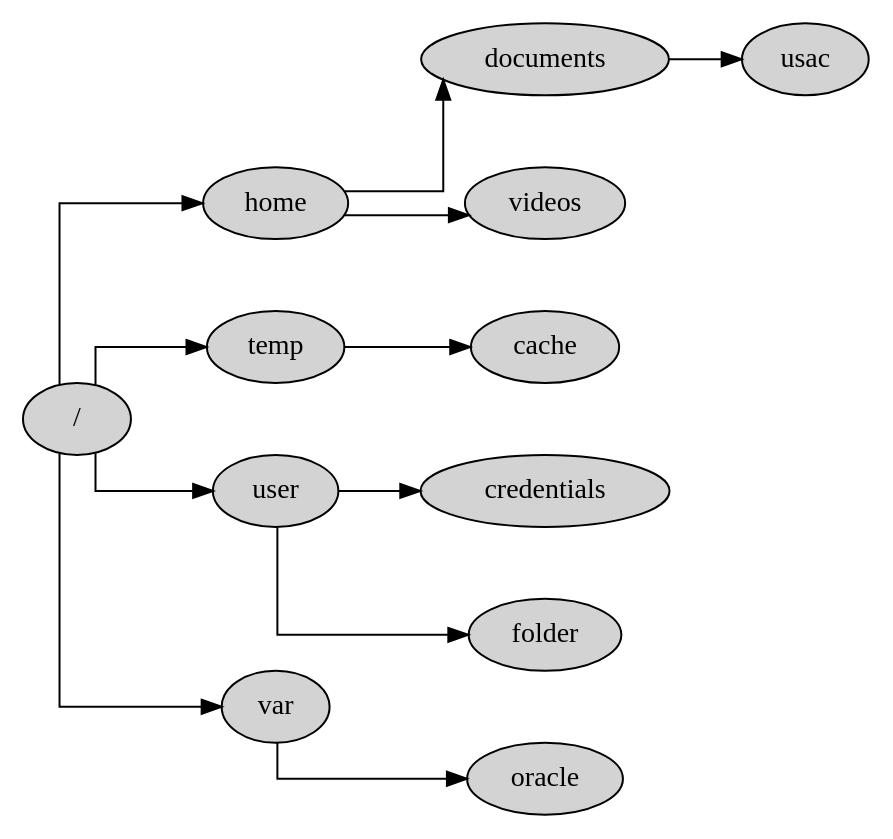
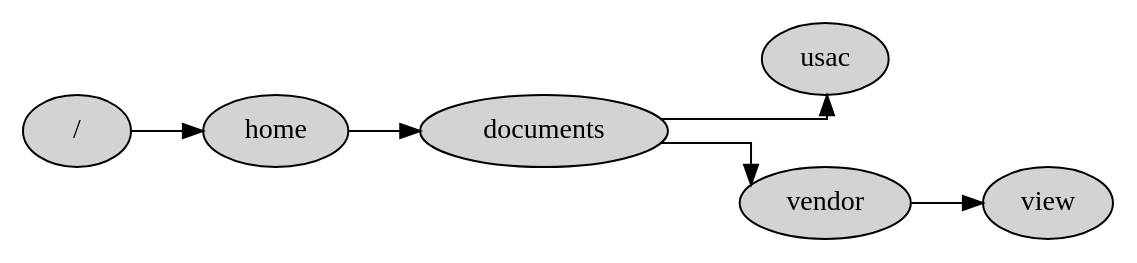
One commit to Eduardo01004/EDD_2S2019_PY2_201612124 changed the diagram in Proyecto2/Grafo.dot. Above: the diagram before and after it, drawn with Graphviz. The commit also changed 69 other files, not shown here.

```diff
--- a/Proyecto2/Grafo.dot
+++ b/Proyecto2/Grafo.dot
@@ -1,15 +1,9 @@
 digraph G{rankdir=LR;
  graph [splines=ortho, nodesep=0.5];
 node [shape=ellipse, style=filled]
 "/" -> "home"
-"/" -> "temp"
-"/" -> "user"
-"/" -> "var"
 "documents" -> "usac"
+"documents" -> "vendor"
 "home" -> "documents"
-"home" -> "videos"
-"temp" -> "cache"
-"user" -> "credentials"
-"user" -> "folder"
-"var" -> "oracle"
+"vendor" -> "view"
 }
```
